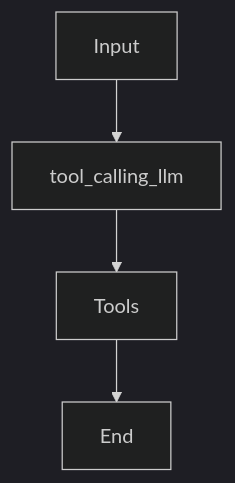
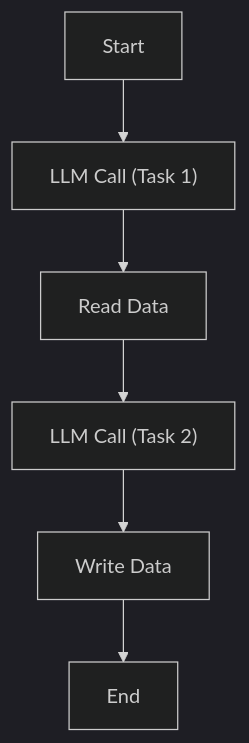
One commit to iusztinpaul/agentic-ai-engineering-course-data changed the first of 9 diagrams in data/inputs/tests/02_sample_medium/article.md. Above: the diagram before and after it, drawn with Mermaid (dark theme). The commit also changed other lines of this file and 3 other files, not shown here.

````diff
--- a/data/inputs/tests/02_sample_medium/article.md
+++ b/data/inputs/tests/02_sample_medium/article.md
@@ -18,6 +20,8 @@
 ```mermaid
 graph TD
-    A["Input"] --> B["tool_calling_llm"]
-    B --> C["Tools"]
-    C --> D["End"]
+    A["Start"] --> B["LLM Call (Task 1)"]
+    B --> C["Read Data"]
+    C --> D["LLM Call (Task 2)"]
+    D --> E["Write Data"]
+    E --> F["End"]
 ```
````
